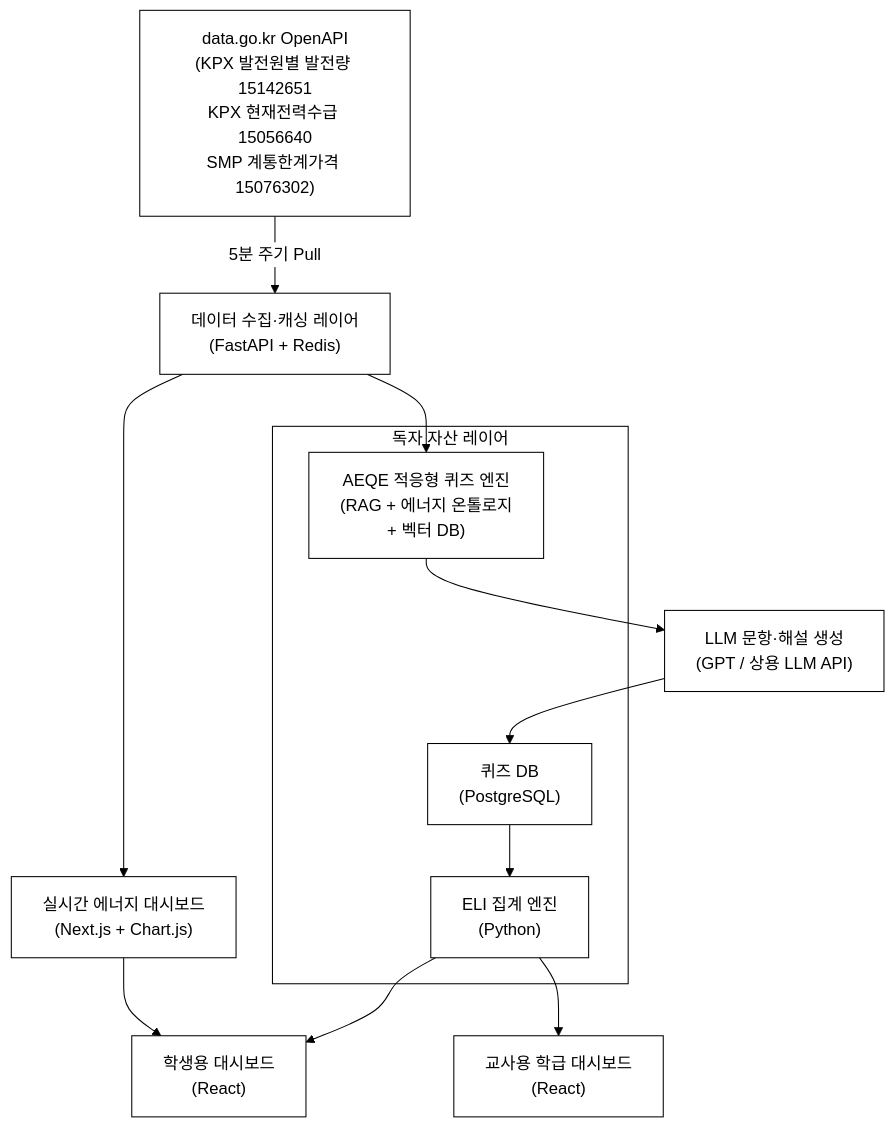
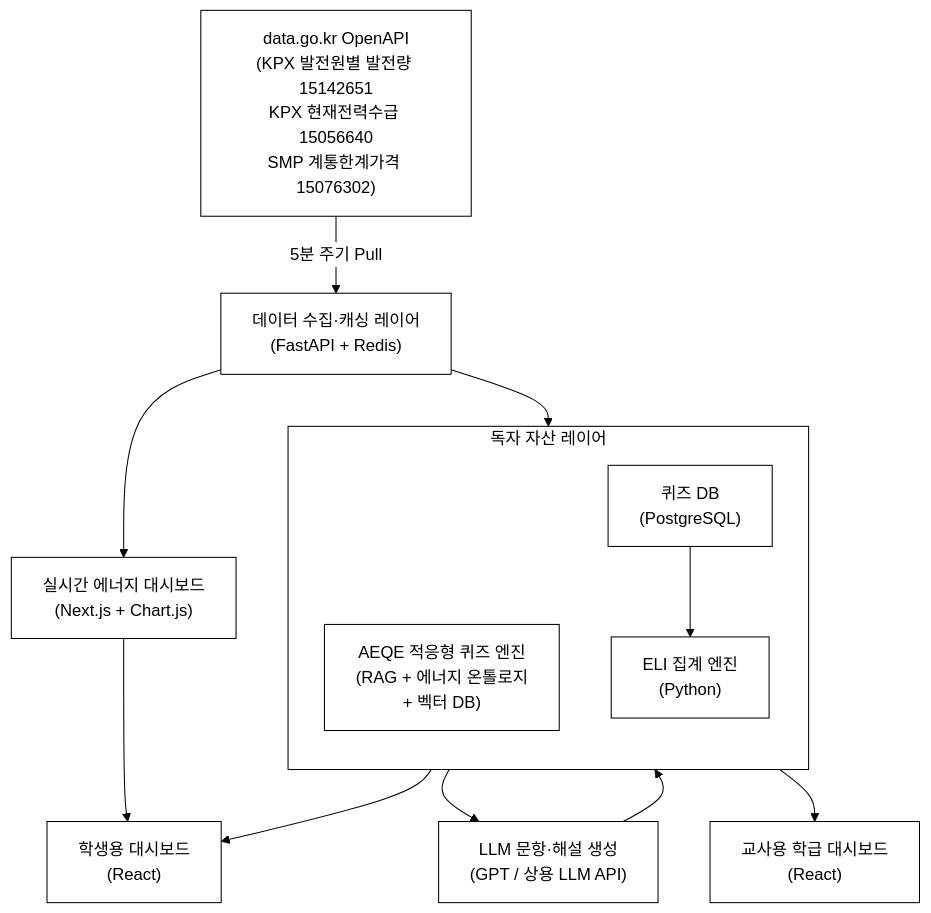
Before and after one commit to iamywl/pulicdata-congress: the first of 5 diagrams in 22-시민-에너지리터러시-게임/biz/1_제안서.md, drawn with Mermaid. The commit also changed other lines of this file and 44 other files, not shown here.

````diff
--- a/22-시민-에너지리터러시-게임/biz/1_제안서.md
+++ b/22-시민-에너지리터러시-게임/biz/1_제안서.md
@@ -59,18 +59,19 @@
 ```mermaid
 %%{init: {'theme':'base','themeVariables':{'background':'#ffffff','primaryColor':'#ffffff','primaryBorderColor':'#000000','primaryTextColor':'#000000','secondaryColor':'#ffffff','secondaryBorderColor':'#000000','secondaryTextColor':'#000000','tertiaryColor':'#ffffff','tertiaryBorderColor':'#000000','tertiaryTextColor':'#000000','mainBkg':'#ffffff','secondBkg':'#ffffff','lineColor':'#000000','textColor':'#000000','clusterBkg':'#ffffff','clusterBorder':'#000000','edgeLabelBackground':'#ffffff','actorBkg':'#ffffff','actorBorder':'#000000','noteBkgColor':'#ffffff','noteBorderColor':'#000000','signalColor':'#000000','signalTextColor':'#000000','fontFamily':'Georgia, serif'}}}%%
-flowchart TD
+flowchart TB
     A["data.go.kr OpenAPI<br/>(KPX 발전원별 발전량 15142651<br/>KPX 현재전력수급 15056640<br/>SMP 계통한계가격 15076302)"] -->|"5분 주기 Pull"| B["데이터 수집·캐싱 레이어<br/>(FastAPI + Redis)"]
     B --> C["실시간 에너지 대시보드<br/>(Next.js + Chart.js)"]
     B --> D["AEQE 적응형 퀴즈 엔진<br/>(RAG + 에너지 온톨로지<br/>+ 벡터 DB)"]
     D --> E["LLM 문항·해설 생성<br/>(GPT / 상용 LLM API)"]
     E --> F["퀴즈 DB<br/>(PostgreSQL)"]
     F --> G["ELI 집계 엔진<br/>(Python)"]
     G --> H["학생용 대시보드<br/>(React)"]
     G --> I["교사용 학급 대시보드<br/>(React)"]
     C --> H
     subgraph "독자 자산 레이어"
+        direction TB
         D
         F
         G
     end
 ```
````
